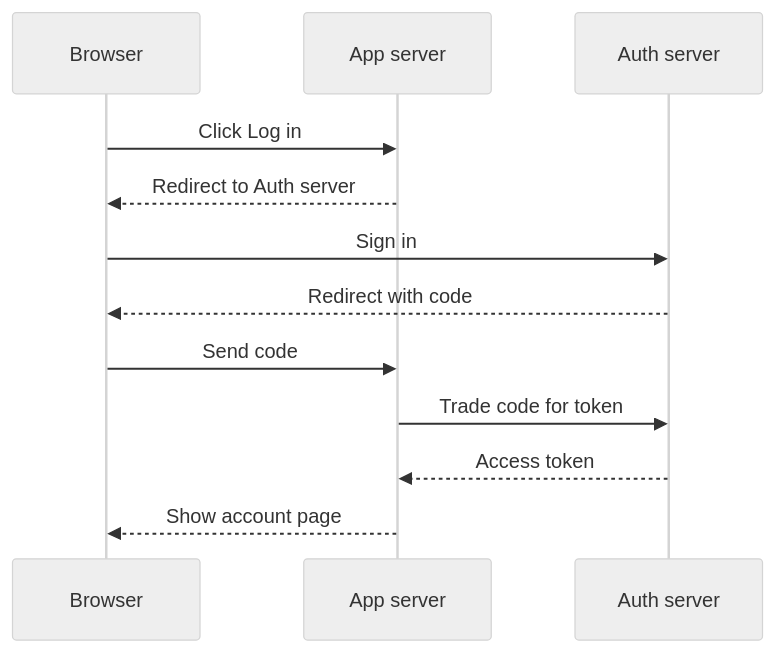
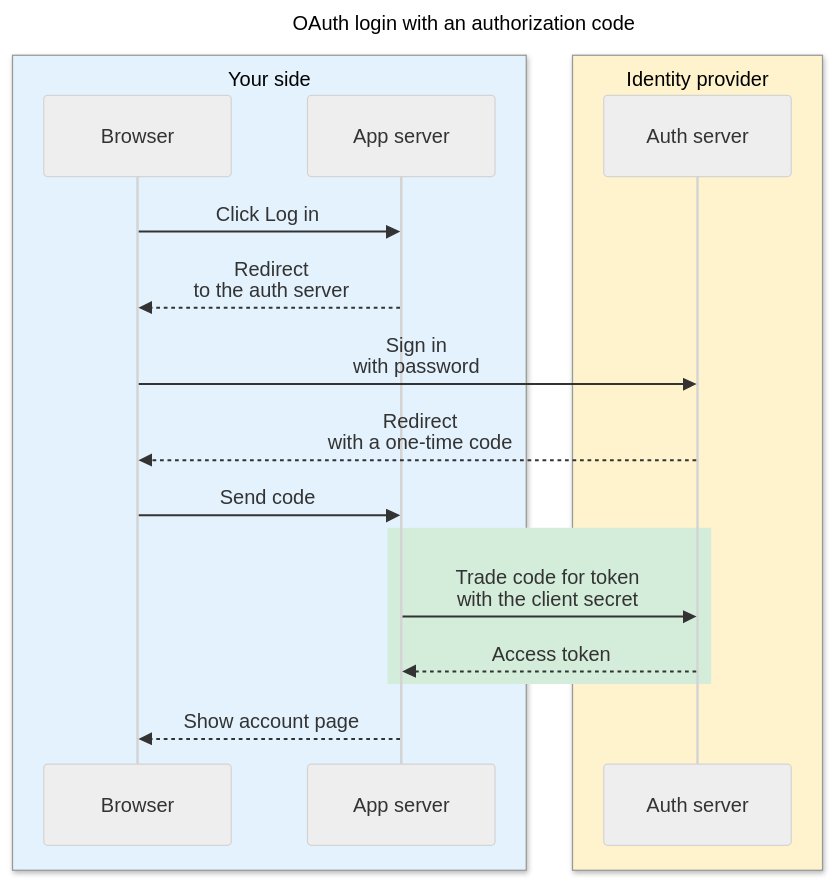
One commit to norton77930/understanding-ai-outputs changed the first of 6 diagrams in skills/diagram-explainer/references/diagram-types.md. Above: the diagram before and after it, drawn with Mermaid (neutral theme). The commit also changed other lines of this file and 7 other files, not shown here.

First line of the commit message:
feat(diagram-explainer): size to topic, two-line labels, title, colors with legend, LR for pipelines (#46)

````diff
--- a/skills/diagram-explainer/references/diagram-types.md
+++ b/skills/diagram-explainer/references/diagram-types.md
@@ -19,14 +32,23 @@
 ```mermaid
+---
+title: OAuth login with an authorization code
+---
 sequenceDiagram
-    participant B as Browser
-    participant A as App server
-    participant S as Auth server
+    box rgb(227, 242, 253) Your side
+        participant B as Browser
+        participant A as App server
+    end
+    box rgb(255, 243, 205) Identity provider
+        participant S as Auth server
+    end
     B->>A: Click Log in
-    A-->>B: Redirect to Auth server
-    B->>S: Sign in
-    S-->>B: Redirect with code
+    A-->>B: Redirect<br>to the auth server
+    B->>S: Sign in<br>with password
+    S-->>B: Redirect<br>with a one-time code
     B->>A: Send code
-    A->>S: Trade code for token
-    S-->>A: Access token
+    rect rgb(212, 237, 218)
+        A->>S: Trade code for token<br>with the client secret
+        S-->>A: Access token
+    end
     A-->>B: Show account page
 ```
````
